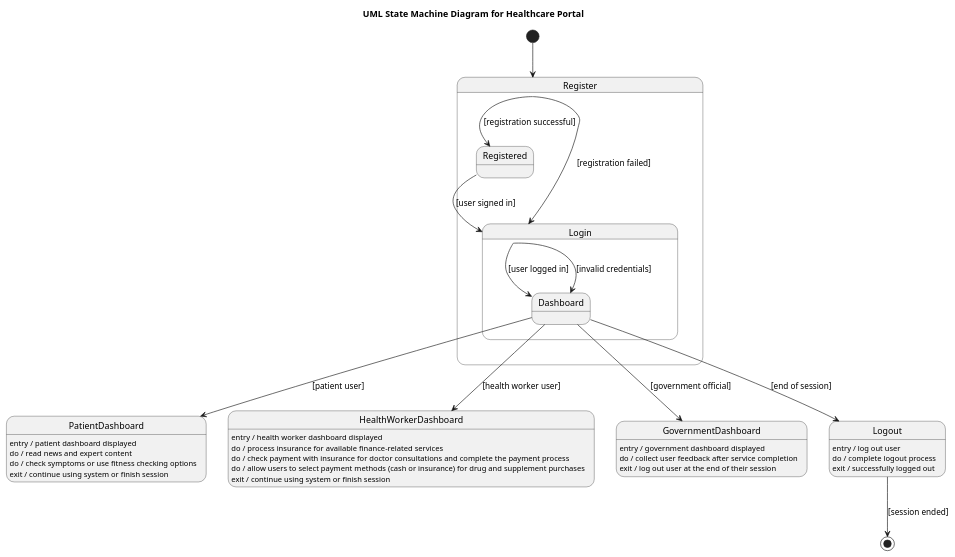
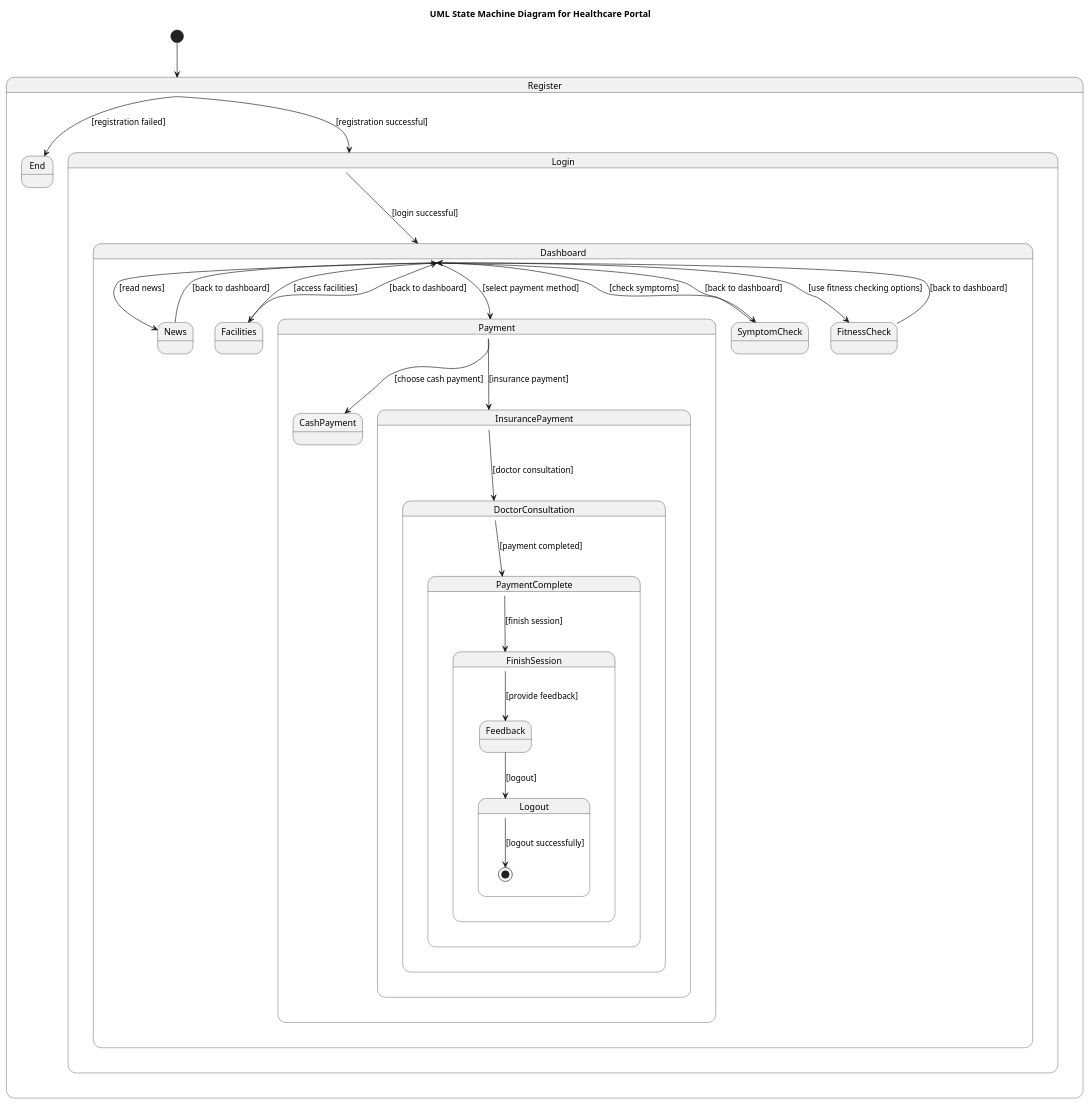
The diagram in valid_diagrams/Qwen_2.5_7B/syntax_grounded_repair/case_01_healthcare_portal/diagram.puml (maimunafaria/State_transition_Diagram_generated_by_LLM), drawn with PlantUML before and after one commit. The commit also changed 34 other files, not shown here.

```diff
--- a/valid_diagrams/Qwen_2.5_7B/syntax_grounded_repair/case_01_healthcare_portal/diagram.puml
+++ b/valid_diagrams/Qwen_2.5_7B/syntax_grounded_repair/case_01_healthcare_portal/diagram.puml
@@ -1,50 +1,53 @@
 @startuml
 title UML State Machine Diagram for Healthcare Portal
 
 [*] --> Register
 
 state Register {
-  Register --> Registered : [registration successful]
-  Registered --> Login : [user signed in]
+  Register --> Login : [registration successful]
+  Register --> End : [registration failed]
 }
 
 state Login {
-  Login --> Dashboard : [user logged in]
+  Login --> Dashboard : [login successful]
 }
 
-state Dashboard <<choice>>
-Dashboard --> PatientDashboard : [patient user]
-Dashboard --> HealthWorkerDashboard : [health worker user]
-Dashboard --> GovernmentDashboard : [government official]
+state Dashboard {
+  Dashboard --> News : [read news]
+  News --> Dashboard : [back to dashboard]
+  Dashboard --> Facilities : [access facilities]
+  Facilities --> Dashboard : [back to dashboard]
+  Dashboard --> SymptomCheck : [check symptoms]
+  SymptomCheck --> Dashboard : [back to dashboard]
+  Dashboard --> FitnessCheck : [use fitness checking options]
+  FitnessCheck --> Dashboard : [back to dashboard]
+  Dashboard --> Payment : [select payment method]
+}
 
-state PatientDashboard
-PatientDashboard : entry / patient dashboard displayed
-PatientDashboard : do / read news and expert content
-PatientDashboard : do / check symptoms or use fitness checking options
-PatientDashboard : exit / continue using system or finish session
+state Payment {
+  Payment --> InsurancePayment : [insurance payment]
+  Payment --> CashPayment : [choose cash payment]
+}
 
-state HealthWorkerDashboard
-HealthWorkerDashboard : entry / health worker dashboard displayed
-HealthWorkerDashboard : do / process insurance for available finance-related services
-HealthWorkerDashboard : do / check payment with insurance for doctor consultations and complete the payment process
-HealthWorkerDashboard : do / allow users to select payment methods (cash or insurance) for drug and supplement purchases
-HealthWorkerDashboard : exit / continue using system or finish session
+state InsurancePayment {
+  InsurancePayment --> DoctorConsultation : [doctor consultation]
+}
 
-state GovernmentDashboard
-GovernmentDashboard : entry / government dashboard displayed
-GovernmentDashboard : do / collect user feedback after service completion
-GovernmentDashboard : exit / log out user at the end of their session
+state DoctorConsultation {
+  DoctorConsultation --> PaymentComplete : [payment completed]
+}
 
-state Logout
-Logout : entry / log out user
-Logout : do / complete logout process
-Logout : exit / successfully logged out
+state PaymentComplete {
+  PaymentComplete --> FinishSession : [finish session]
+}
 
-Register --> Login : [registration failed]
-Login --> Dashboard : [invalid credentials]
+state FinishSession {
+  FinishSession --> Feedback : [provide feedback]
+  Feedback --> Logout : [logout]
+}
 
-Dashboard --> Logout : [end of session]
-
-Logout --> [*] : [session ended]
+state Logout {
+  Logout --> [*] : [logout successfully]
+}
 
 @enduml
```
